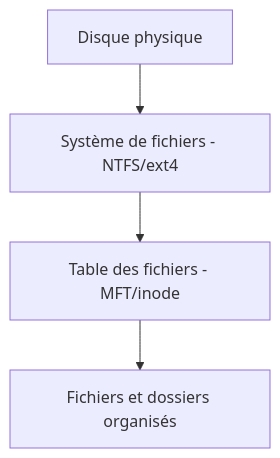
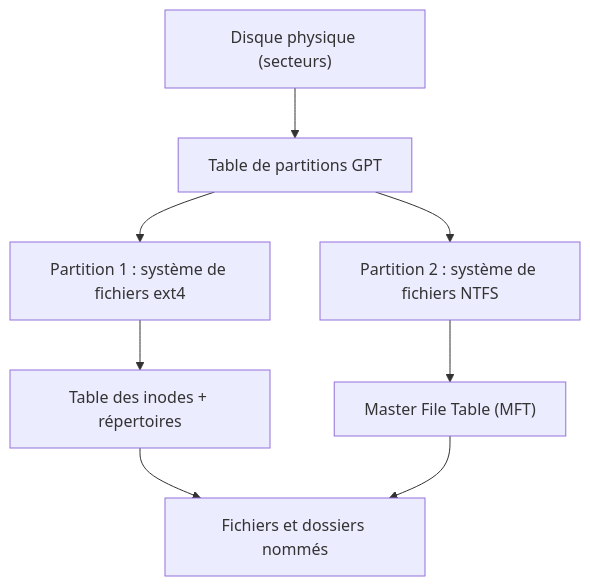
The diagram in content/courses/fichiers-bdd/01-systemes-fichiers-structure-metadonnees.md (AureDulvresse/nyx), drawn with Mermaid before and after one commit. The commit also changed other lines of this file and 167 other files, not shown here.

````diff
--- a/content/courses/fichiers-bdd/01-systemes-fichiers-structure-metadonnees.md
+++ b/content/courses/fichiers-bdd/01-systemes-fichiers-structure-metadonnees.md
@@ -25,6 +36,10 @@
 ```mermaid
-graph TD
-    A[Disque physique] --> B[Système de fichiers - NTFS/ext4]
-    B --> C[Table des fichiers - MFT/inode]
-    C --> D[Fichiers et dossiers organisés]
+flowchart TD
+    A["Disque physique (secteurs)"] --> B["Table de partitions GPT"]
+    B --> C["Partition 1 : système de fichiers ext4"]
+    B --> D["Partition 2 : système de fichiers NTFS"]
+    C --> E["Table des inodes + répertoires"]
+    D --> F["Master File Table (MFT)"]
+    E --> G["Fichiers et dossiers nommés"]
+    F --> G
 ```
````
